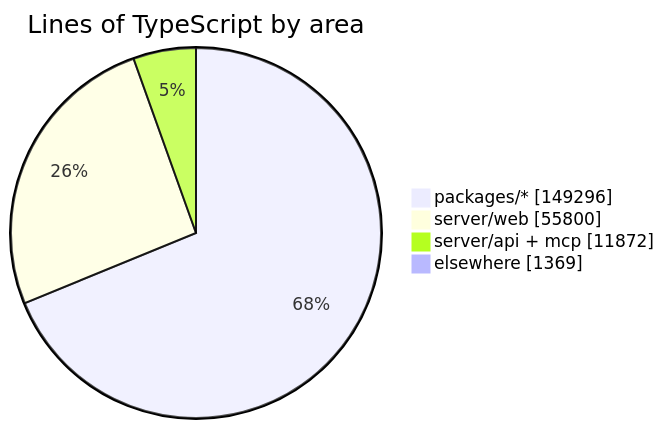
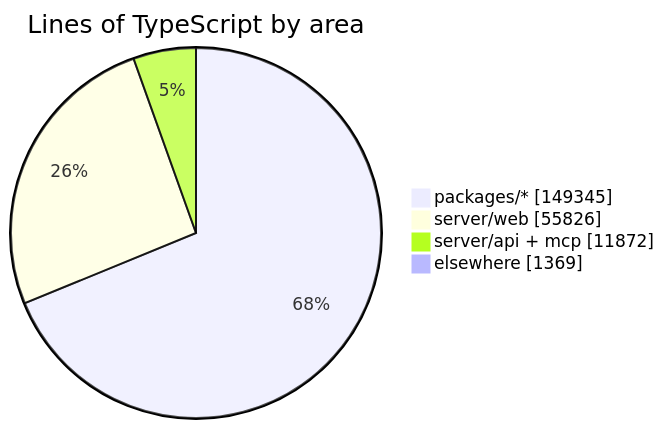
The diagram in README.md (crossworks-engineering/mantle), drawn with Mermaid before and after one commit. The commit also changed other lines of this file and 2 other files, not shown here.

````diff
--- a/README.md
+++ b/README.md
@@ -279,7 +279,7 @@
 ```mermaid
 pie showData title Lines of TypeScript by area
-    "packages/*" : 149296
-    "server/web" : 55800
+    "packages/*" : 149345
+    "server/web" : 55826
     "server/api + mcp" : 11872
     "elsewhere" : 1369
 ```
````
